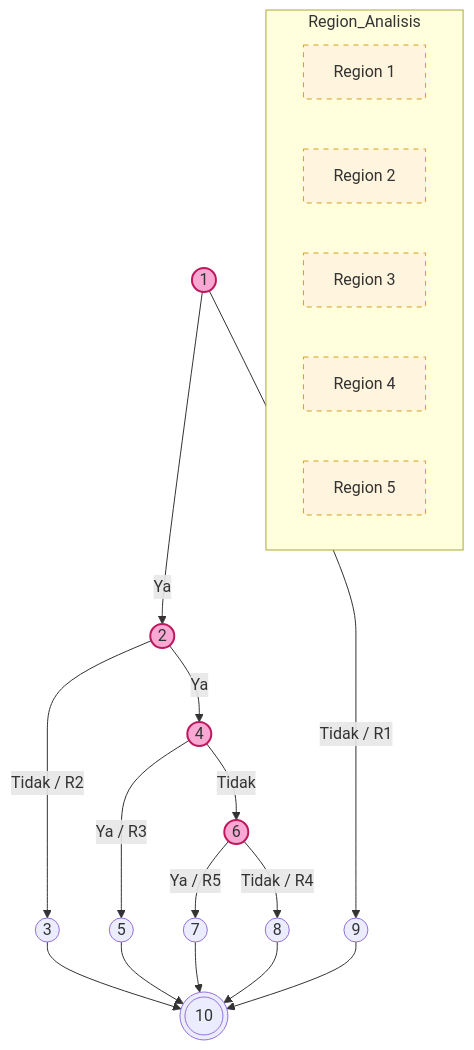
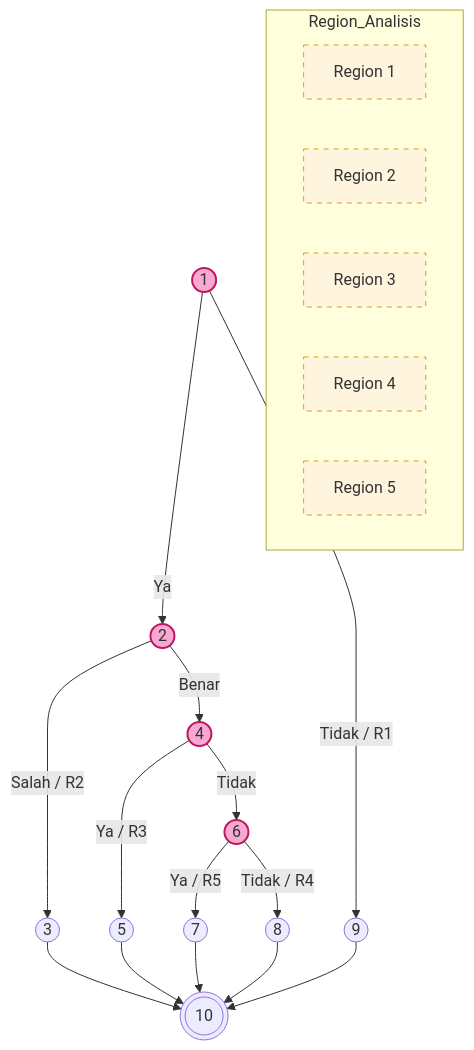
Before and after one commit to arbain-dev/Web_fikom: the fourth of 6 diagrams in docs/07_PENGUJIAN_WHITE_BOX.md, drawn with Mermaid. The commit also changed other lines of this file, not shown here.

````diff
--- a/docs/07_PENGUJIAN_WHITE_BOX.md
+++ b/docs/07_PENGUJIAN_WHITE_BOX.md
@@ -135,23 +164,23 @@
 ```mermaid
 graph TD
     classDef predicate fill:#f9a8d4,stroke:#be185d,stroke-width:2px;
     classDef region fill:#fff4dd,stroke:#d4a017,stroke-dasharray: 5 5;
 
     1((1)):::predicate -->|Ya| 2((2)):::predicate
     1 -->|Tidak / R1| 9((9))
-    2 -->|Tidak / R2| 3((3))
-    2 -->|Ya| 4((4)):::predicate
+    2 -->|Salah / R2| 3((3))
+    2 -->|Benar| 4((4)):::predicate
     4 -->|Ya / R3| 5((5))
     4 -->|Tidak| 6((6)):::predicate
     6 -->|Ya / R5| 7((7))
     6 -->|Tidak / R4| 8((8))
     3 & 5 & 7 & 8 & 9 --> 10(((10)))
 
     subgraph Region_Analisis
         R1[Region 1]:::region
         R2[Region 2]:::region
         R3[Region 3]:::region
         R4[Region 4]:::region
         R5[Region 5]:::region
     end
 ```
````
